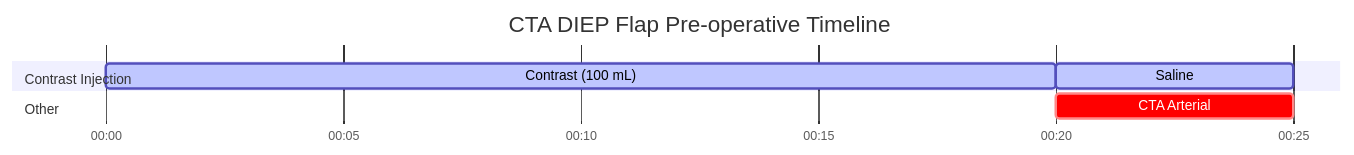
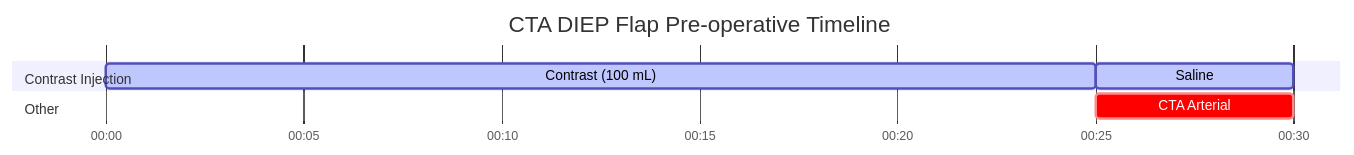
One commit to dfergs93/radiology-protocols changed the diagram in docs/ct/vascular/cta-diep-flap-pre-operative.md. Above: the diagram before and after it, drawn with Mermaid. The commit also changed other lines of this file and 85 other files, not shown here.

Commit message:
Regenerate protocol markdown files with acquisition-diagram placeholder

````diff
--- a/docs/ct/vascular/cta-diep-flap-pre-operative.md
+++ b/docs/ct/vascular/cta-diep-flap-pre-operative.md
@@ -83,18 +82,18 @@
   ```mermaid
   ---
   displayMode: compact
   config:
     theme: default
     themeCSS: " #Saline{ fill: #4ed5ff; stroke: #2094f3; } "
   ---
     gantt
       title CTA DIEP Flap Pre-operative Timeline
       dateFormat mm:ss
       axisFormat %M:%S 
       
       section Contrast Injection
-      Contrast (100 mL)    :active, contrast, 00:00, 20s
+      Contrast (100 mL)    :active, contrast, 00:00, 25s
       Saline          :active, saline, after contrast, 5s
       section Other
       CTA Arterial    :crit, scan1, after contrast, 5s
   ```
````
